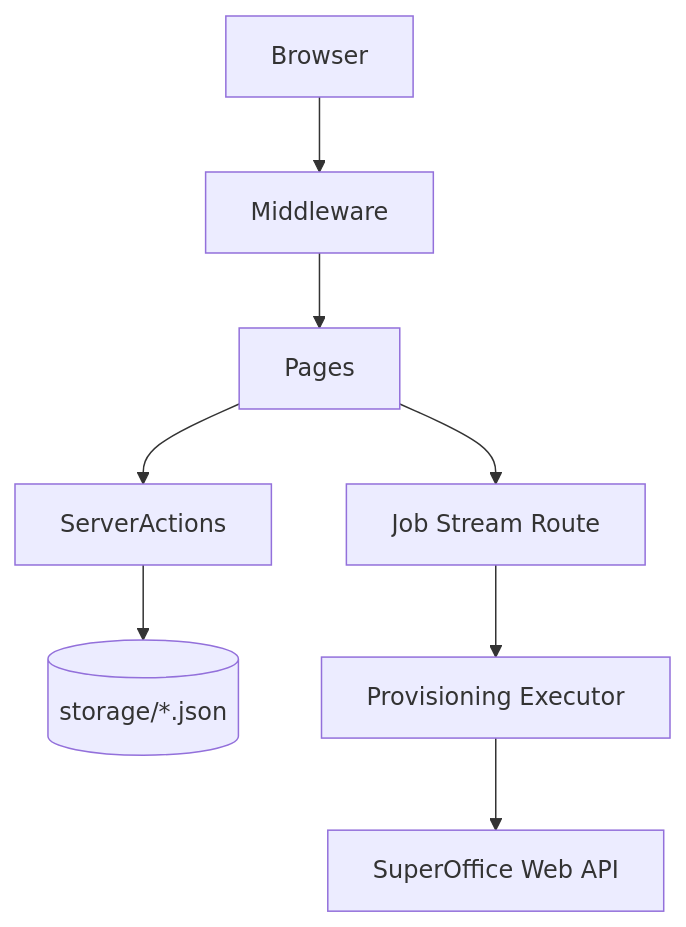
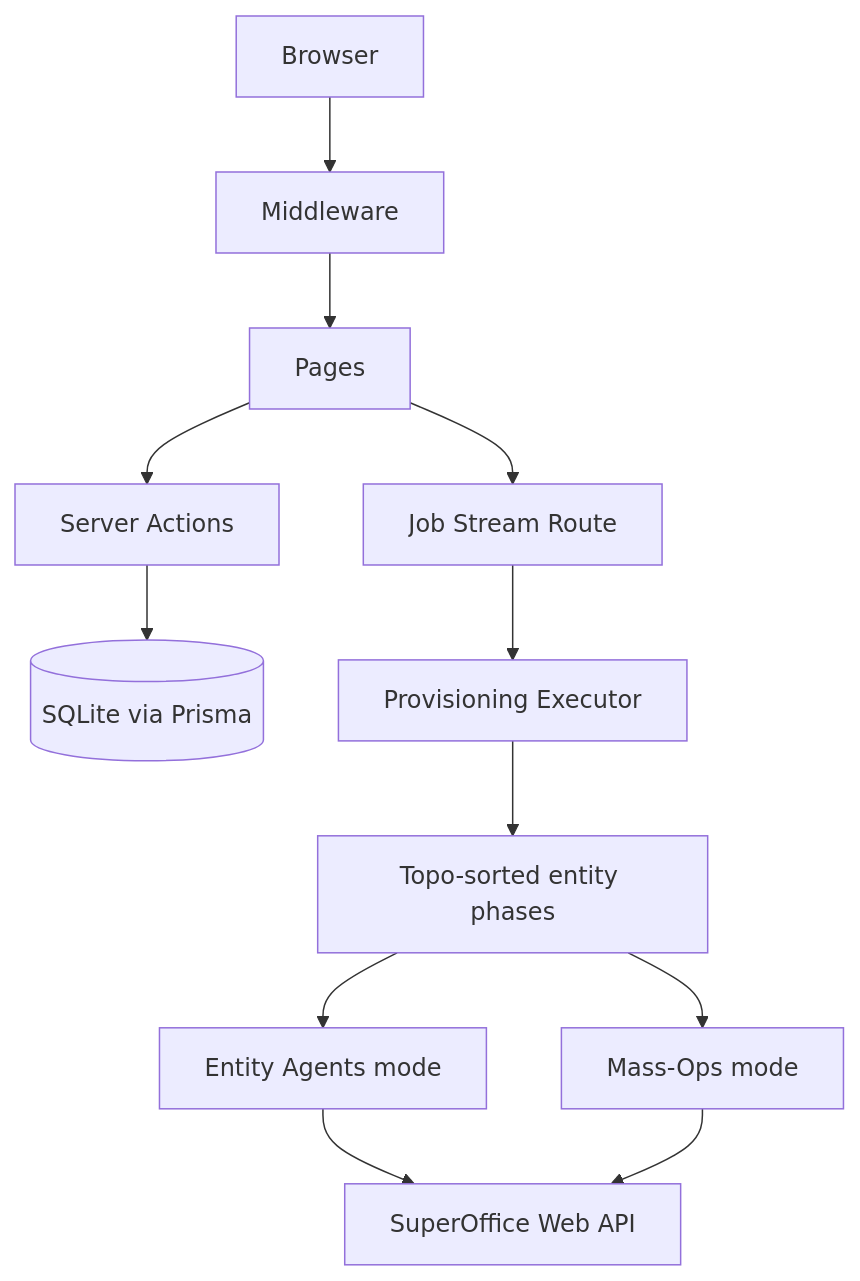
Before and after one commit to AnthonyYates/SuperOfficeGenerator: the diagram in websrc/README.md, drawn with Mermaid. The commit also changed other lines of this file and 29 other files, not shown here.

````diff
--- a/websrc/README.md
+++ b/websrc/README.md
@@ -75,10 +250,14 @@
 ```mermaid
 flowchart TD
-		Browser --> Middleware
-		Middleware --> Pages
-		Pages --> ServerActions
-		Pages --> SSE[Job Stream Route]
-		ServerActions --> Json[(storage/*.json)]
-		SSE --> Executor[Provisioning Executor]
-		Executor --> SuperOffice[SuperOffice Web API]
+    Browser --> Middleware
+    Middleware --> Pages
+    Pages --> ServerActions[Server Actions]
+    Pages --> SSE[Job Stream Route]
+    ServerActions --> DB[(SQLite via Prisma)]
+    SSE --> Executor[Provisioning Executor]
+    Executor --> topoSort[Topo-sorted entity phases]
+    topoSort --> EntityAgents[Entity Agents mode]
+    topoSort --> MassOps[Mass-Ops mode]
+    EntityAgents --> SO[SuperOffice Web API]
+    MassOps --> SO
 ```
````
